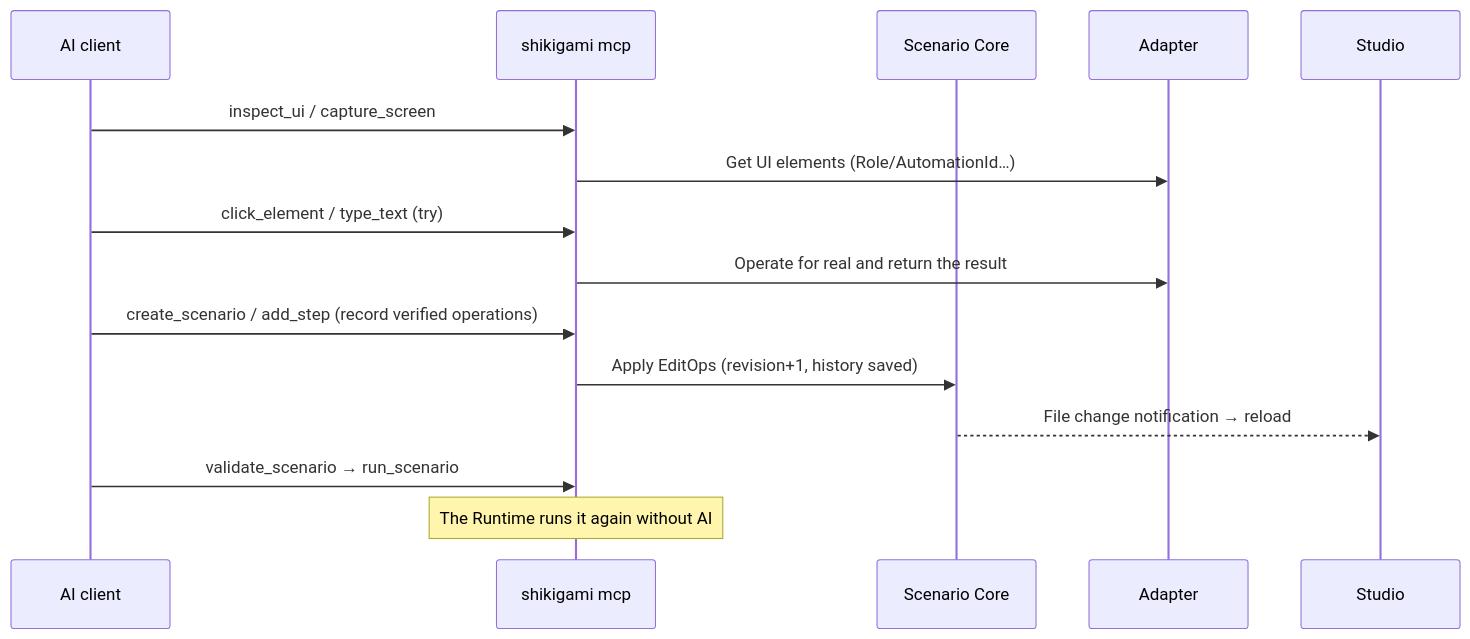
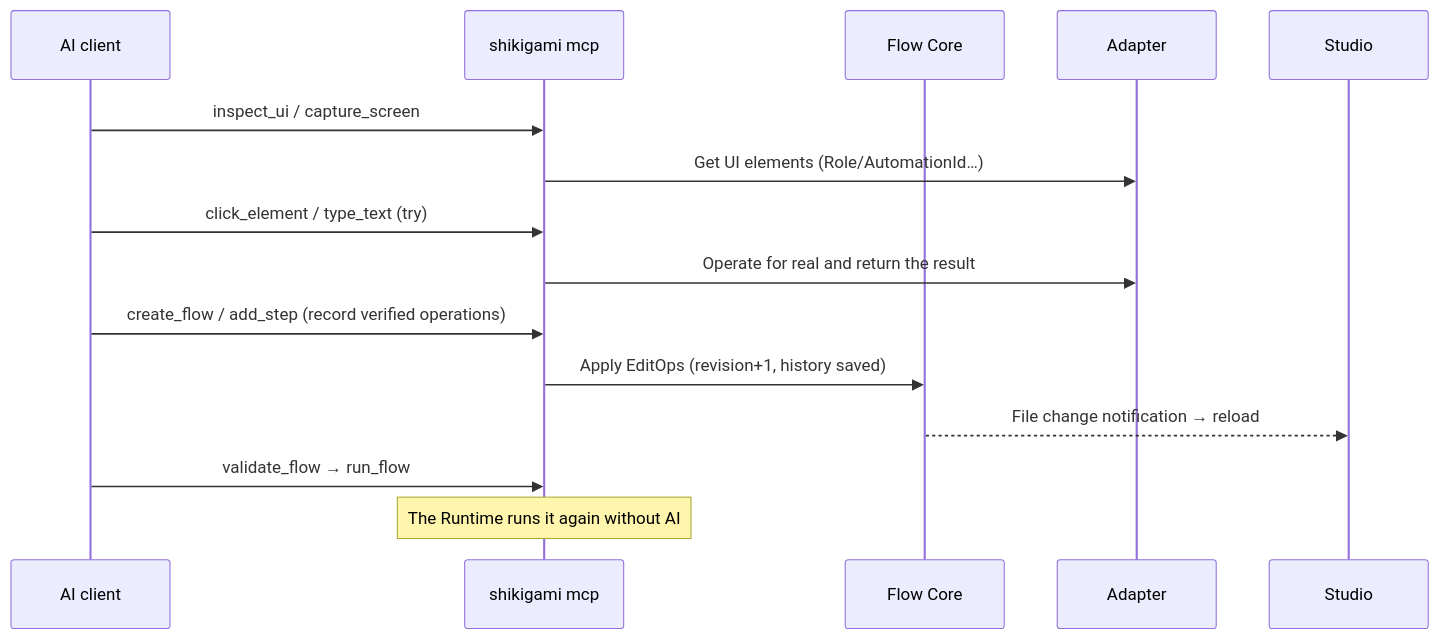
One commit to d-shiina/shikigami changed the second of 2 diagrams in docs/architecture.md. Above: the diagram before and after it, drawn with Mermaid. The commit also changed other lines of this file and 197 other files, not shown here.

First line of the commit message:
Rename scenarios to flows (フロー)

````diff
--- a/docs/architecture.md
+++ b/docs/architecture.md
@@ -68,17 +68,17 @@
 ```mermaid
 sequenceDiagram
   participant AI as AI client
   participant M as shikigami mcp
-  participant C as Scenario Core
+  participant C as Flow Core
   participant A as Adapter
   participant S as Studio
   AI->>M: inspect_ui / capture_screen
   M->>A: Get UI elements (Role/AutomationId…)
   AI->>M: click_element / type_text (try)
   M->>A: Operate for real and return the result
-  AI->>M: create_scenario / add_step (record verified operations)
+  AI->>M: create_flow / add_step (record verified operations)
   M->>C: Apply EditOps (revision+1, history saved)
   C-->>S: File change notification → reload
-  AI->>M: validate_scenario → run_scenario
+  AI->>M: validate_flow → run_flow
   Note over M: The Runtime runs it again without AI
 ```
````
